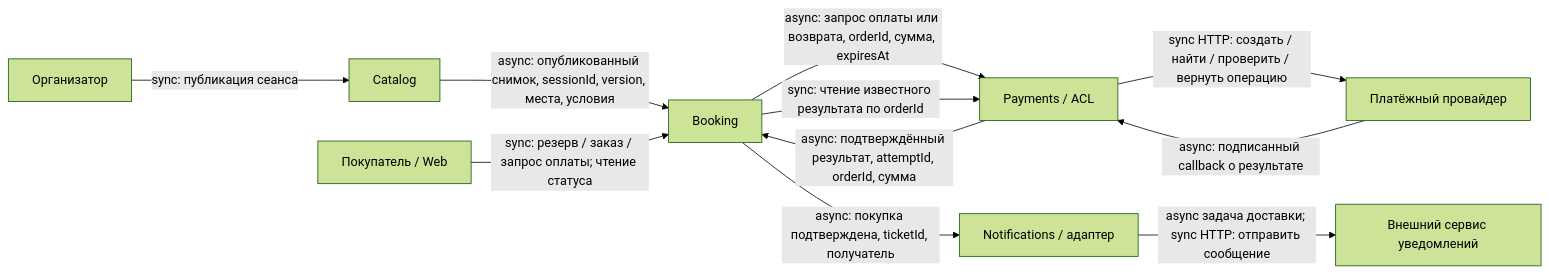
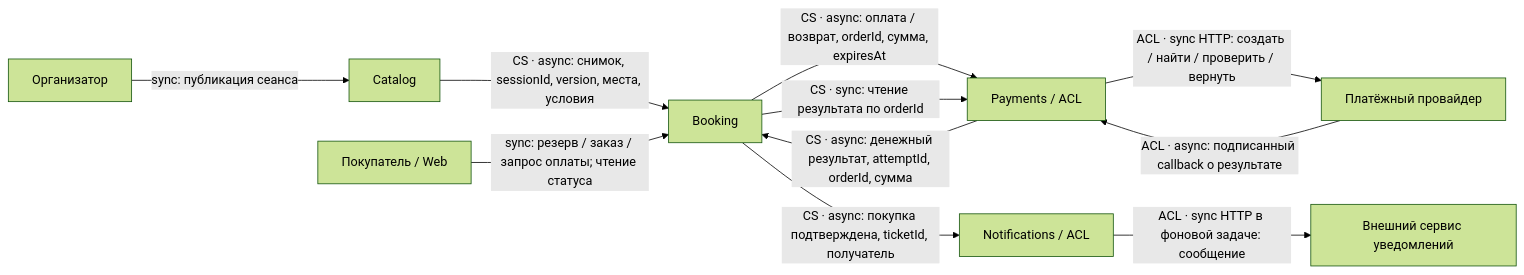
Before and after one commit to TIR44/event-ticket-booking: the first of 2 diagrams in docs/domain-model.md, drawn with Mermaid (forest theme). The commit also changed other lines of this file and 3 other files, not shown here.

````diff
--- a/docs/domain-model.md
+++ b/docs/domain-model.md
@@ -36,22 +36,22 @@
 ```mermaid
 flowchart LR
     organizer["Организатор"]
     buyer["Покупатель / Web"]
     catalog["Catalog"]
     booking["Booking"]
     payments["Payments / ACL"]
-    notifications["Notifications / адаптер"]
+    notifications["Notifications / ACL"]
     provider["Платёжный провайдер"]
     delivery["Внешний сервис уведомлений"]
 
     organizer -->|"sync: публикация сеанса"| catalog
-    catalog -->|"async: опубликованный снимок, sessionId, version, места, условия"| booking
+    catalog -->|"CS · async: снимок, sessionId, version, места, условия"| booking
     buyer -->|"sync: резерв / заказ / запрос оплаты; чтение статуса"| booking
-    booking -->|"async: запрос оплаты или возврата, orderId, сумма, expiresAt"| payments
-    booking -->|"sync: чтение известного результата по orderId"| payments
-    payments -->|"async: подтверждённый результат, attemptId, orderId, сумма"| booking
-    booking -->|"async: покупка подтверждена, ticketId, получатель"| notifications
-    payments -->|"sync HTTP: создать / найти / проверить / вернуть операцию"| provider
-    provider -->|"async: подписанный callback о результате"| payments
-    notifications -->|"async задача доставки; sync HTTP: отправить сообщение"| delivery
+    booking -->|"CS · async: оплата / возврат, orderId, сумма, expiresAt"| payments
+    booking -->|"CS · sync: чтение результата по orderId"| payments
+    payments -->|"CS · async: денежный результат, attemptId, orderId, сумма"| booking
+    booking -->|"CS · async: покупка подтверждена, ticketId, получатель"| notifications
+    payments -->|"ACL · sync HTTP: создать / найти / проверить / вернуть"| provider
+    provider -->|"ACL · async: подписанный callback о результате"| payments
+    notifications -->|"ACL · sync HTTP в фоновой задаче: сообщение"| delivery
 ```
````
